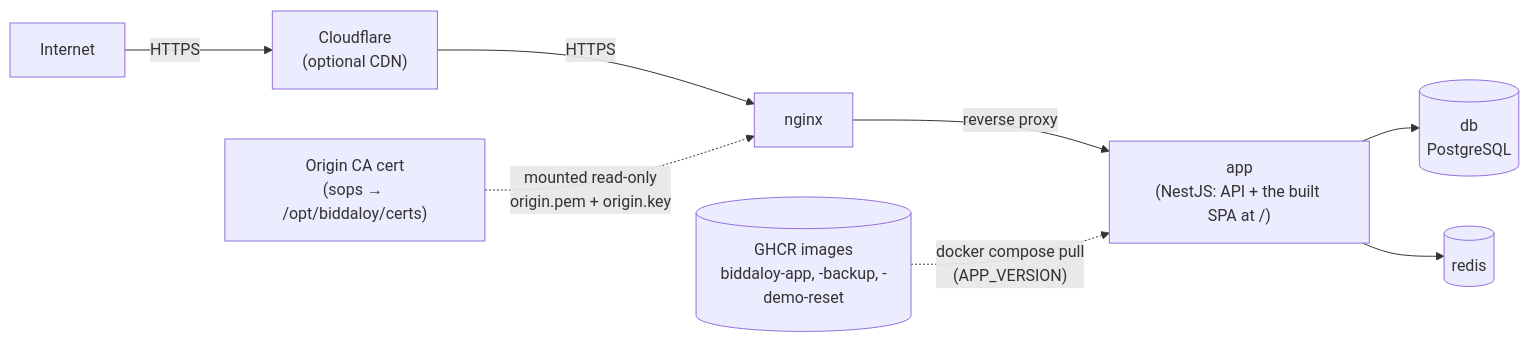
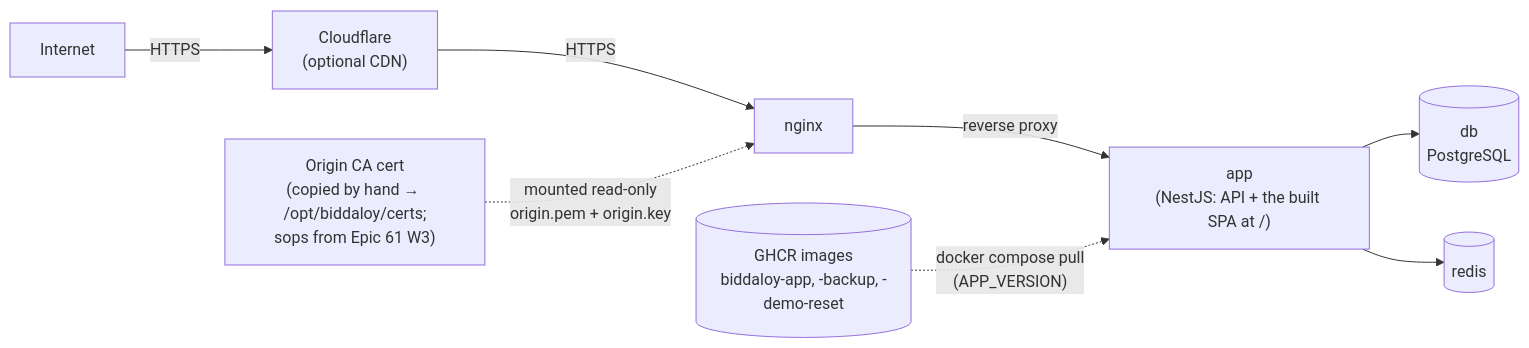
One commit to tareq89/biddaloy changed the first of 7 diagrams in docs/architecture/07-deployment.md. Above: the diagram before and after it, drawn with Mermaid. The commit also changed other lines of this file and 17 other files, not shown here.

````diff
--- a/docs/architecture/07-deployment.md
+++ b/docs/architecture/07-deployment.md
@@ -9,10 +9,10 @@
 ```mermaid
 flowchart LR
     Internet -->|HTTPS| cloudflare["Cloudflare\n(optional CDN)"]
     cloudflare -->|HTTPS| nginx
     nginx -->|reverse proxy| app["app\n(NestJS: API + the built SPA at /)"]
     app --> db[("db\nPostgreSQL")]
     app --> redis[("redis")]
     ghcr[("GHCR images\nbiddaloy-app, -backup, -demo-reset")] -.->|"docker compose pull\n(APP_VERSION)"| app
-    cert["Origin CA cert\n(sops → /opt/biddaloy/certs)"] -.->|"mounted read-only\norigin.pem + origin.key"| nginx
+    cert["Origin CA cert\n(copied by hand → /opt/biddaloy/certs;\nsops from Epic 61 W3)"] -.->|"mounted read-only\norigin.pem + origin.key"| nginx
 ```
````
